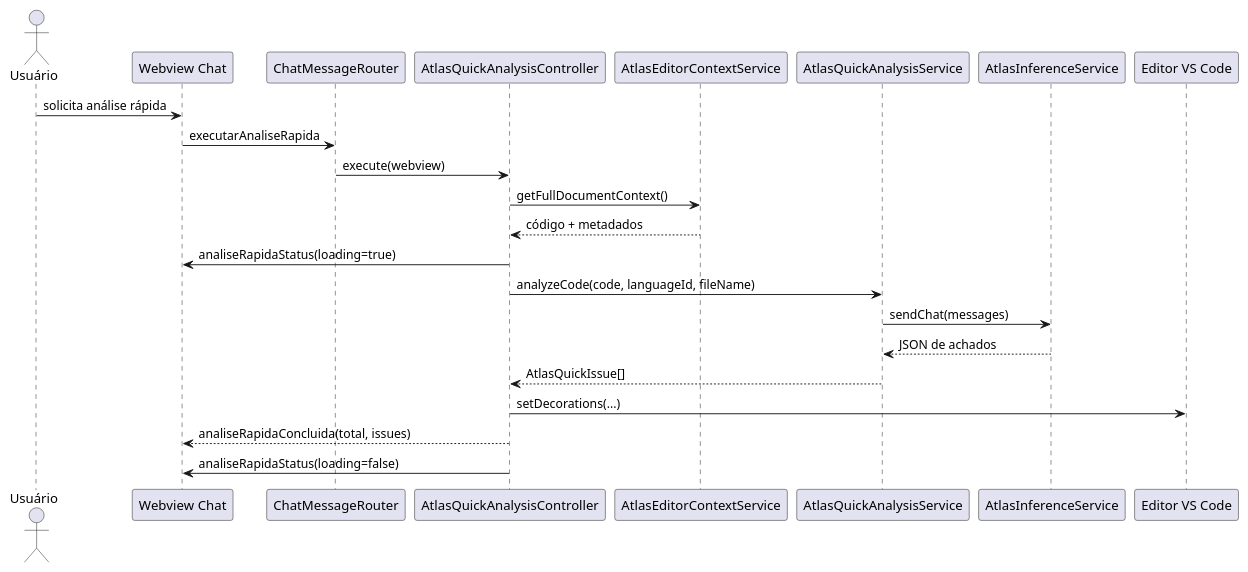
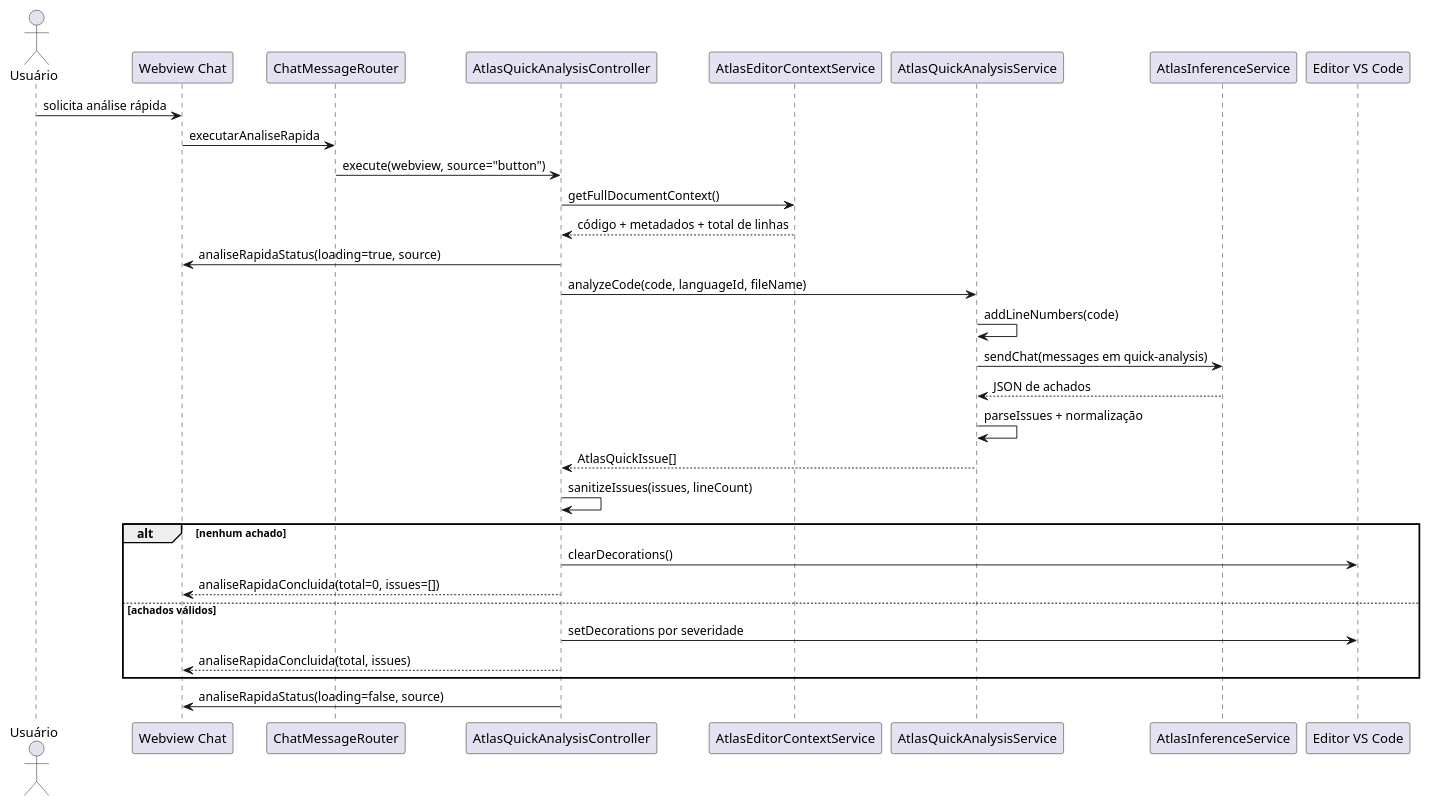
One commit to JVictorVI/ATLAS changed the fourth of 38 diagrams in docs/plantuml-diagramas-por-caso-de-uso-atlas.md. Above: the diagram before and after it, drawn with PlantUML. The commit also changed other lines of this file and 2 other files, not shown here.

````diff
--- a/docs/plantuml-diagramas-por-caso-de-uso-atlas.md
+++ b/docs/plantuml-diagramas-por-caso-de-uso-atlas.md
@@ -128,27 +152,35 @@
 ```plantuml
 @startuml
 skinparam shadowing false
 actor Usuário
 participant "Webview Chat" as Webview
 participant ChatMessageRouter as Router
 participant AtlasQuickAnalysisController as Controller
 participant AtlasEditorContextService as EditorContext
 participant AtlasQuickAnalysisService as QuickService
 participant AtlasInferenceService as Inference
 participant "Editor VS Code" as Editor
 
 Usuário -> Webview : solicita análise rápida
 Webview -> Router : executarAnaliseRapida
-Router -> Controller : execute(webview)
+Router -> Controller : execute(webview, source="button")
 Controller -> EditorContext : getFullDocumentContext()
-EditorContext --> Controller : código + metadados
-Controller -> Webview : analiseRapidaStatus(loading=true)
+EditorContext --> Controller : código + metadados + total de linhas
+Controller -> Webview : analiseRapidaStatus(loading=true, source)
 Controller -> QuickService : analyzeCode(code, languageId, fileName)
-QuickService -> Inference : sendChat(messages)
+QuickService -> QuickService : addLineNumbers(code)
+QuickService -> Inference : sendChat(messages em quick-analysis)
 Inference --> QuickService : JSON de achados
+QuickService -> QuickService : parseIssues + normalização
 QuickService --> Controller : AtlasQuickIssue[]
-Controller -> Editor : setDecorations(...)
-Controller --> Webview : analiseRapidaConcluida(total, issues)
-Controller -> Webview : analiseRapidaStatus(loading=false)
+Controller -> Controller : sanitizeIssues(issues, lineCount)
+alt nenhum achado
+  Controller -> Editor : clearDecorations()
+  Controller --> Webview : analiseRapidaConcluida(total=0, issues=[])
+else achados válidos
+  Controller -> Editor : setDecorations por severidade
+  Controller --> Webview : analiseRapidaConcluida(total, issues)
+end
+Controller -> Webview : analiseRapidaStatus(loading=false, source)
 @enduml
 ```
````
